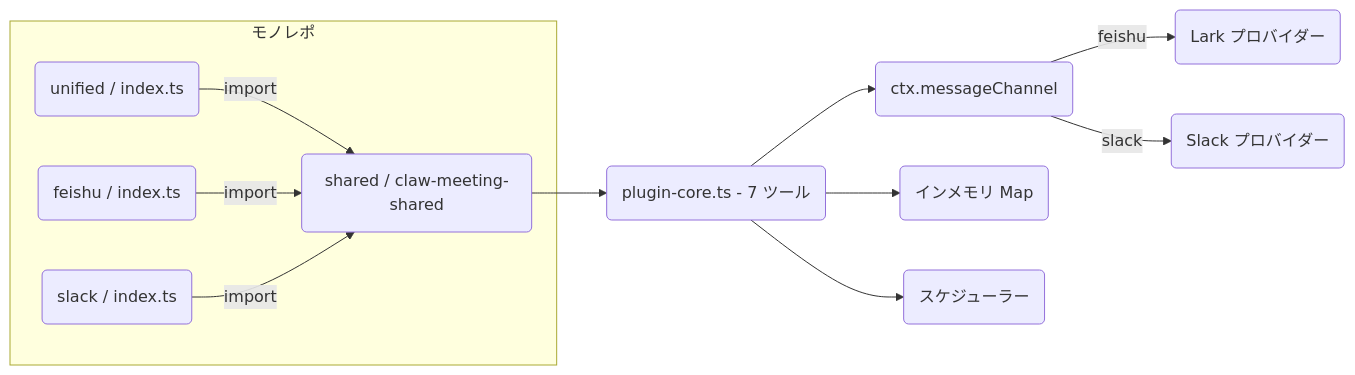
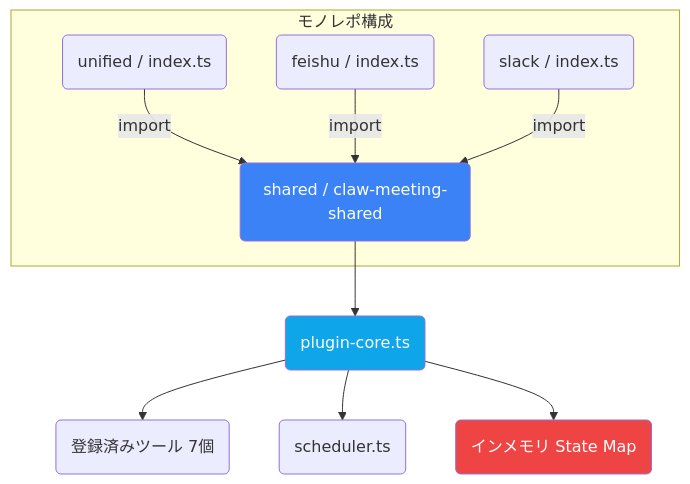
The first of 13 diagrams in README.ja.md (javana3/claw_meeting_all), drawn with Mermaid before and after one commit. The commit also changed other lines of this file and 4 other files, not shown here.

First line of the commit message:
docs: rewrite all 5 READMEs with detailed Plugin/Skill flow + diff

````diff
--- a/README.ja.md
+++ b/README.ja.md
@@ -53,20 +31,22 @@
 ```mermaid
-graph LR
-    subgraph "モノレポ"
+graph TD
+    subgraph "モノレポ構成"
         SHARED(shared / claw-meeting-shared)
         UNI(unified / index.ts)
         FEI(feishu / index.ts)
         SLK(slack / index.ts)
     end
 
     UNI -->|import| SHARED
     FEI -->|import| SHARED
     SLK -->|import| SHARED
 
-    SHARED --> CORE(plugin-core.ts - 7 ツール)
-    CORE --> ROUTER(ctx.messageChannel)
-    ROUTER -->|feishu| LP(Lark プロバイダー)
-    ROUTER -->|slack| SP(Slack プロバイダー)
-    CORE --> MEM(インメモリ Map)
-    CORE --> SCH(スケジューラー)
+    SHARED --> CORE(plugin-core.ts)
+    CORE --> TOOLS(登録済みツール 7個)
+    CORE --> SCHED(scheduler.ts)
+    CORE --> STATE(インメモリ State Map)
+
+    style SHARED fill:#3b82f6,color:#fff
+    style CORE fill:#0ea5e9,color:#fff
+    style STATE fill:#ef4444,color:#fff
 ```
````
